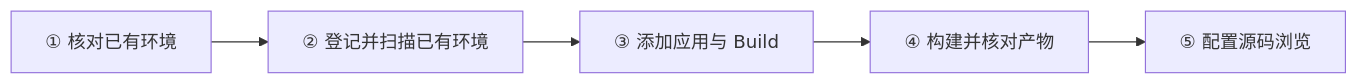
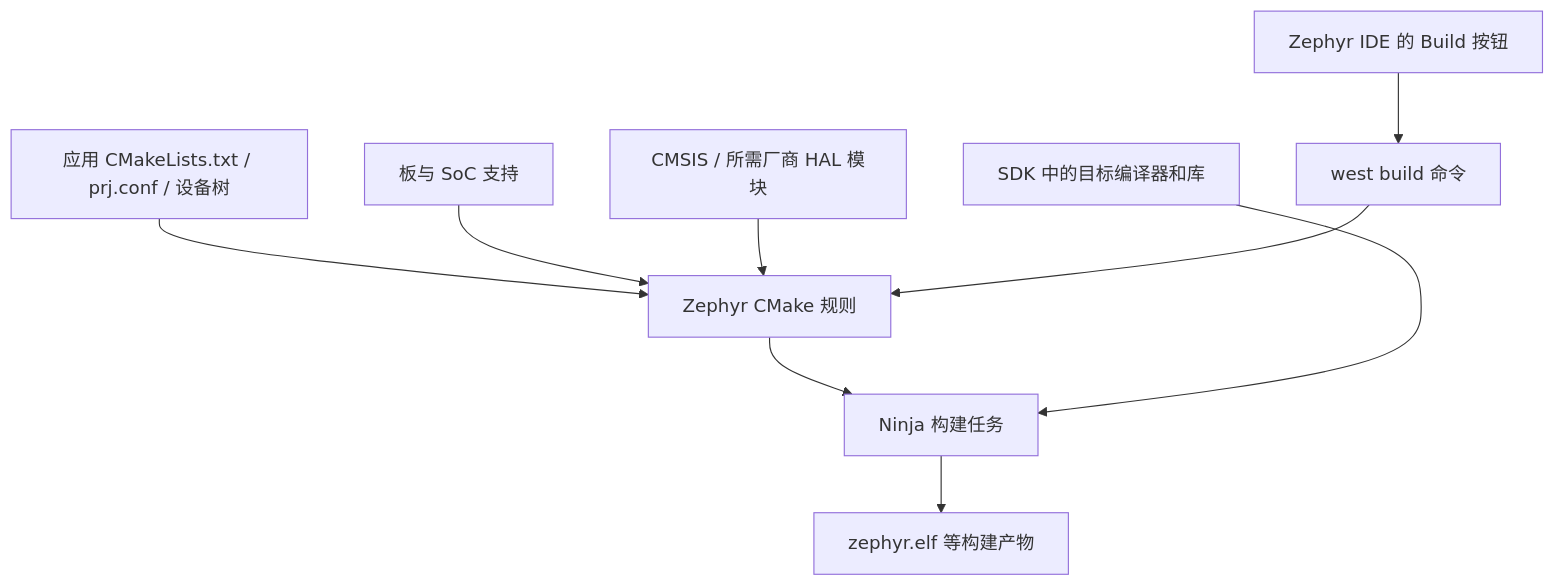
The first of 2 diagrams in learning/zephyr_vscode/P001_VSCode_Zephyr_IDE接入已有工程_Windows.md (FormingSystem/zephyr_hc32f4a0), drawn with Mermaid before and after one commit. The commit also changed other lines of this file and 475 other files, not shown here.

First line of the commit message:
content(learning/zephyr-ide): 按原生工程输入讲清插件的从零使用流程

````diff
--- a/learning/zephyr_vscode/P001_VSCode_Zephyr_IDE接入已有工程_Windows.md
+++ b/learning/zephyr_vscode/P001_VSCode_Zephyr_IDE接入已有工程_Windows.md
@@ -52,7 +54,12 @@
 ```mermaid
-flowchart LR
-    A["① 核对已有环境"] --> B["② 登记并扫描已有环境"]
-    B --> C["③ 添加应用与 Build"]
-    C --> D["④ 构建并核对产物"]
-    D --> E["⑤ 配置源码浏览"]
+flowchart TB
+    A["应用 CMakeLists.txt / prj.conf / 设备树"] --> C["Zephyr CMake 规则"]
+    B["板与 SoC 支持"] --> C
+    M["CMSIS / 所需厂商 HAL 模块"] --> C
+    C --> N["Ninja 构建任务"]
+    S["SDK 中的目标编译器和库"] --> N
+    S ~~~ C
+    N --> F["zephyr.elf 等构建产物"]
+    W["west build 命令"] --> C
+    I["Zephyr IDE 的 Build 按钮"] --> W
 ```
````
